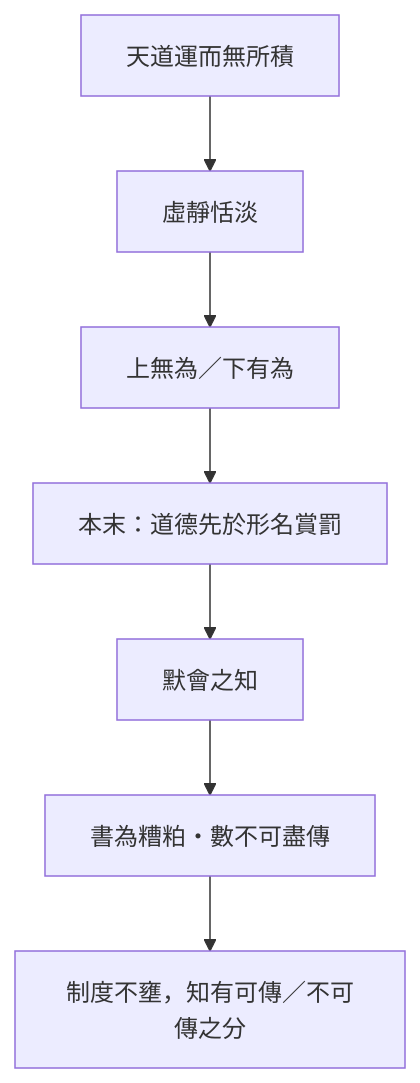
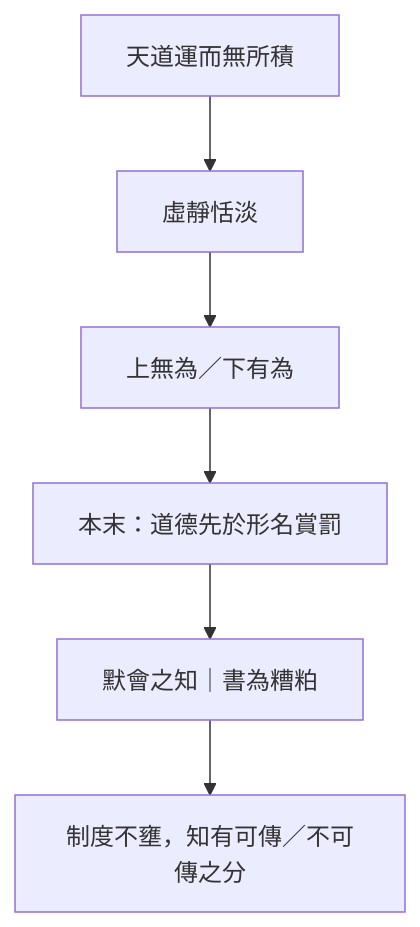
One commit to show0621/zhuangzi-atlas changed the diagram in content/chapters/02-外篇/13-天道.md. Above: the diagram before and after it, drawn with Mermaid. The commit also changed other lines of this file and 35 other files, not shown here.

First line of the commit message:
fix(print): 全書心智圖改單欄並獨頁放大

````diff
--- a/content/chapters/02-外篇/13-天道.md
+++ b/content/chapters/02-外篇/13-天道.md
@@ -202,9 +202,9 @@
 ```mermaid
 flowchart TB
-  D[天道運而無所積] --> V[虛靜恬淡]
-  V --> G[上無為／下有為]
-  G --> O[本末：道德先於形名賞罰]
-  O --> K[默會之知]
-  K --> B[書為糟粕・數不可盡傳]
-  B --> R[制度不壅，知有可傳／不可傳之分]
+  D["天道運而無所積"]
+  D --> V["虛靜恬淡"]
+  V --> G["上無為／下有為"]
+  G --> O["本末：道德先於形名賞罰"]
+  O --> K["默會之知｜書為糟粕"]
+  K --> R["制度不壅，知有可傳／不可傳之分"]
 ```
````
